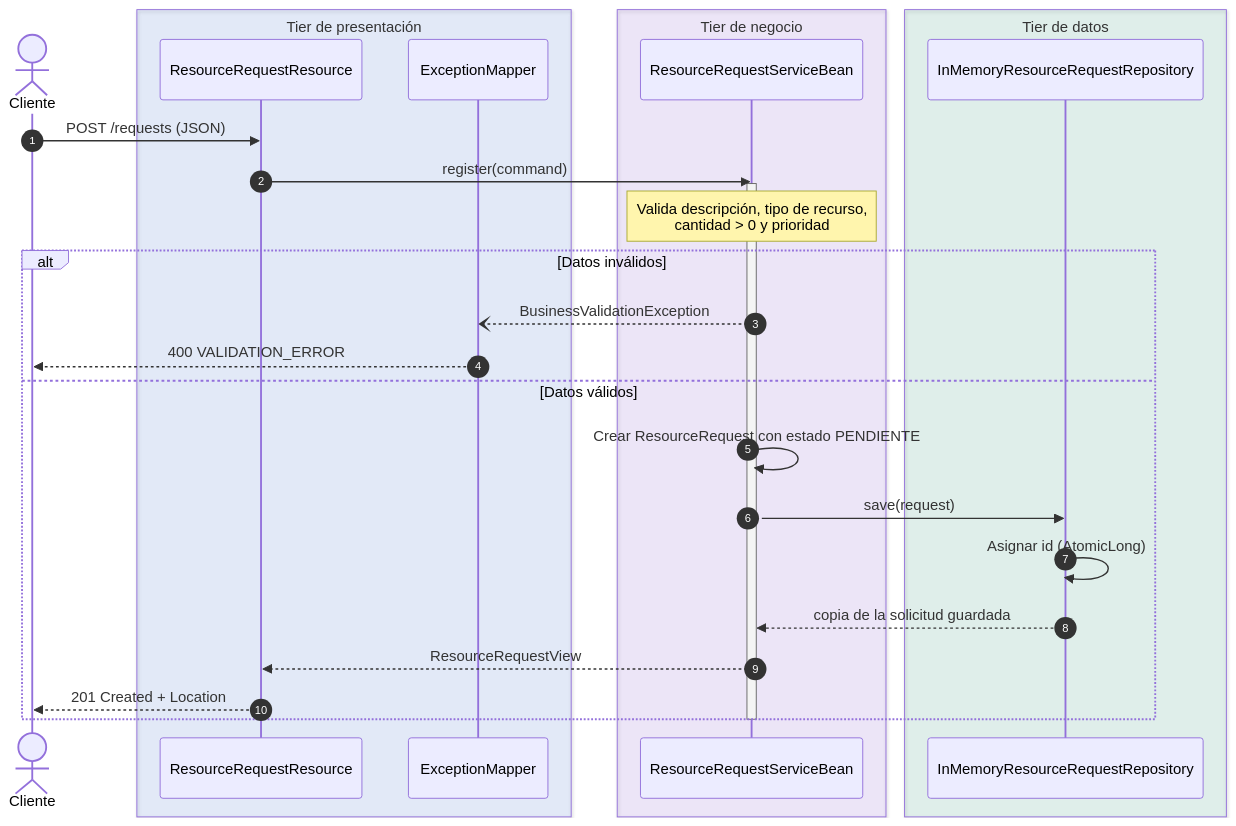
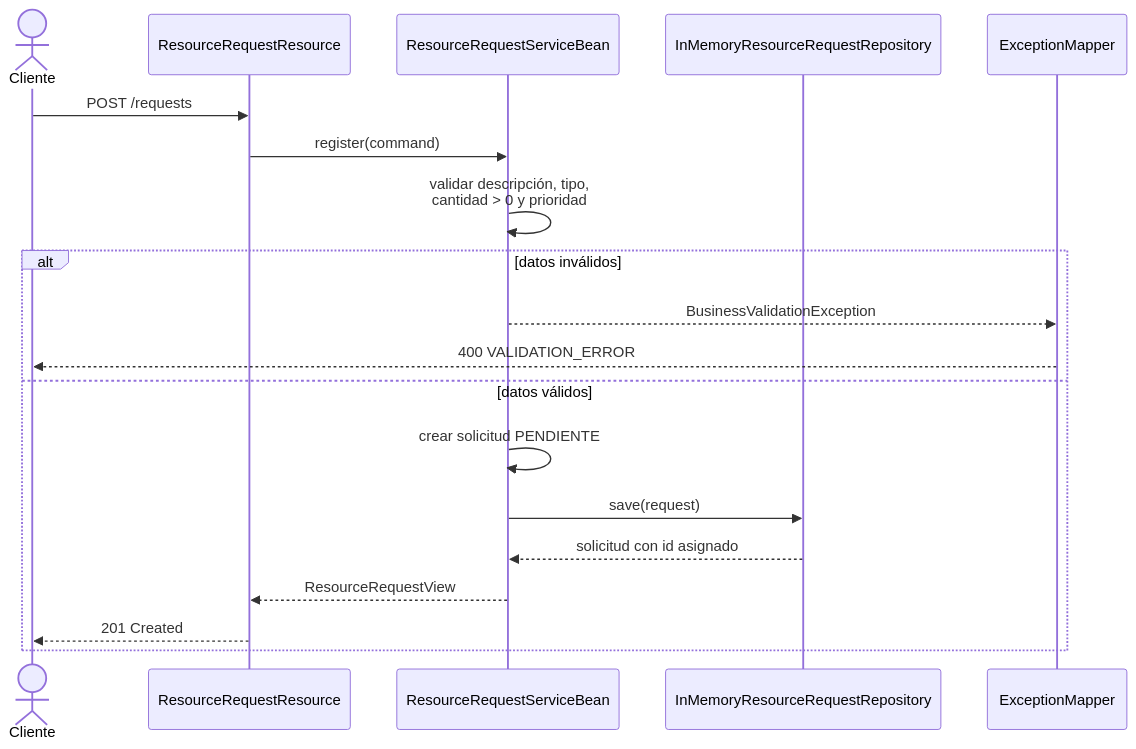
Before and after one commit to andreMD287/JEE-Negocio: the third of 9 diagrams in docs/arquitectura.md, drawn with Mermaid. The commit also changed other lines of this file and 2 other files, not shown here.

Commit message:
Documentación: diagramas en blanco y negro y evidencias resumidas

````diff
--- a/docs/arquitectura.md
+++ b/docs/arquitectura.md
@@ -235,33 +209,22 @@
 ```mermaid
 sequenceDiagram
-    autonumber
     actor C as Cliente
-    box rgba(37,99,235,0.10) Tier de presentación
-        participant API as ResourceRequestResource
-        participant MAP as ExceptionMapper
+    participant API as ResourceRequestResource
+    participant EJB as ResourceRequestServiceBean
+    participant REP as InMemoryResourceRequestRepository
+    participant MAP as ExceptionMapper
+
+    C->>API: POST /requests
+    API->>EJB: register(command)
+    EJB->>EJB: validar descripción, tipo,<br/>cantidad > 0 y prioridad
+    alt datos inválidos
+        EJB-->>MAP: BusinessValidationException
+        MAP-->>C: 400 VALIDATION_ERROR
+    else datos válidos
+        EJB->>EJB: crear solicitud PENDIENTE
+        EJB->>REP: save(request)
+        REP-->>EJB: solicitud con id asignado
+        EJB-->>API: ResourceRequestView
+        API-->>C: 201 Created
     end
-    box rgba(124,58,237,0.10) Tier de negocio
-        participant EJB as ResourceRequestServiceBean
-    end
-    box rgba(5,150,105,0.10) Tier de datos
-        participant REP as InMemoryResourceRequestRepository
-    end
-
-    C->>API: POST /requests (JSON)
-    API->>EJB: register(command)
-    activate EJB
-    Note over EJB: Valida descripción, tipo de recurso,<br/>cantidad > 0 y prioridad
-
-    alt Datos inválidos
-        EJB--)MAP: BusinessValidationException
-        MAP-->>C: 400 VALIDATION_ERROR
-    else Datos válidos
-        EJB->>EJB: Crear ResourceRequest con estado PENDIENTE
-        EJB->>REP: save(request)
-        REP->>REP: Asignar id (AtomicLong)
-        REP-->>EJB: copia de la solicitud guardada
-        EJB-->>API: ResourceRequestView
-        API-->>C: 201 Created + Location
-    end
-    deactivate EJB
 ```
````
